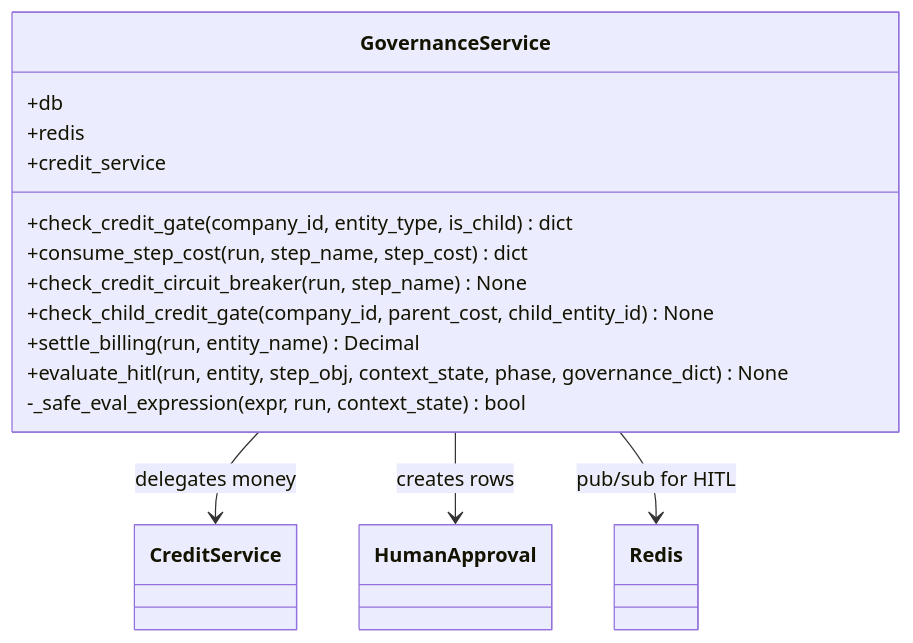
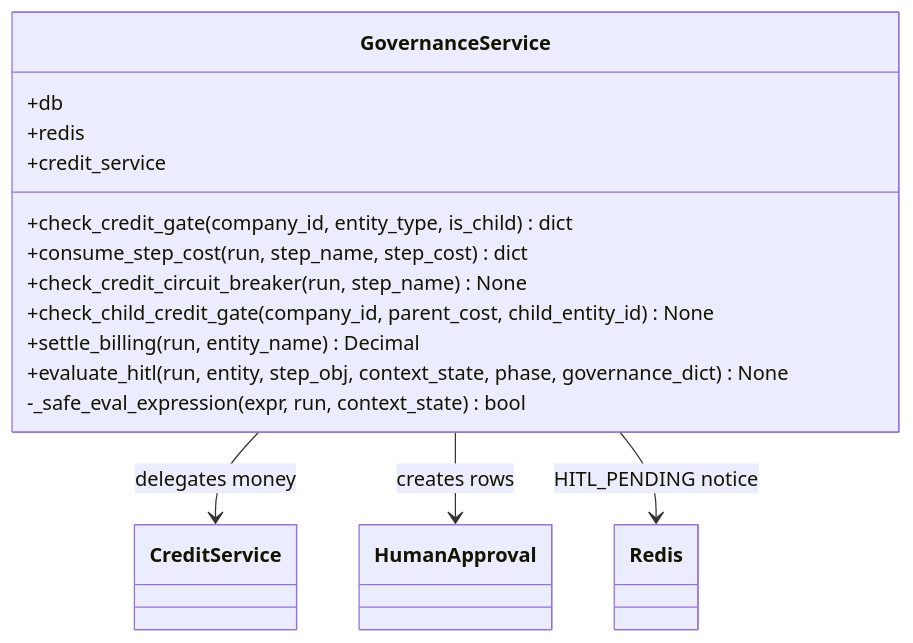
The second of 14 diagrams in docs/current/15-governance-and-hitl.md (gondolerahul/hire-buddha-app), drawn with Mermaid before and after one commit. The commit also changed other lines of this file and 32 other files, not shown here.

````diff
--- a/docs/current/15-governance-and-hitl.md
+++ b/docs/current/15-governance-and-hitl.md
@@ -154,18 +154,18 @@
 ```mermaid
 classDiagram
     class GovernanceService {
         +db
         +redis
         +credit_service
         +check_credit_gate(company_id, entity_type, is_child) dict
         +consume_step_cost(run, step_name, step_cost) dict
         +check_credit_circuit_breaker(run, step_name) None
         +check_child_credit_gate(company_id, parent_cost, child_entity_id) None
         +settle_billing(run, entity_name) Decimal
         +evaluate_hitl(run, entity, step_obj, context_state, phase, governance_dict) None
         -_safe_eval_expression(expr, run, context_state) bool
     }
     GovernanceService --> CreditService : delegates money
     GovernanceService --> HumanApproval : creates rows
-    GovernanceService --> Redis : pub/sub for HITL
+    GovernanceService --> Redis : HITL_PENDING notice
 ```
````
